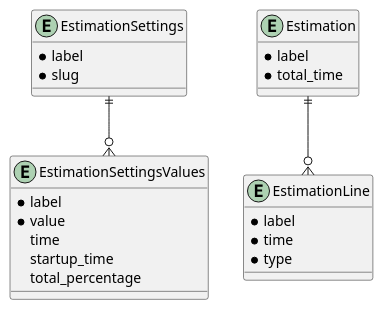
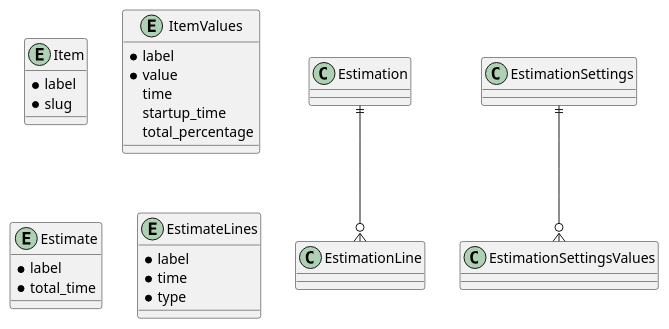
The diagram in docs/diagramme/diagramme.puml (Christophe-Guigniou/corrections-parcours), drawn with PlantUML before and after one commit.

```diff
--- a/docs/diagramme/diagramme.puml
+++ b/docs/diagramme/diagramme.puml
@@ -1,29 +1,29 @@
 @startuml
 
-entity EstimationSettings {
+entity Item {
     *label
     *slug
 }
 
-entity EstimationSettingsValues {
+entity ItemValues {
     *label
     *value
     time
     startup_time
     total_percentage
 }
 
-entity Estimation {
+entity Estimate {
     *label
     *total_time
 }
 
-entity EstimationLine {
+entity EstimateLines {
     *label
     *time
     *type
 }
 
 Estimation ||--o{ EstimationLine
 EstimationSettings ||--o{ EstimationSettingsValues
 @enduml
```
